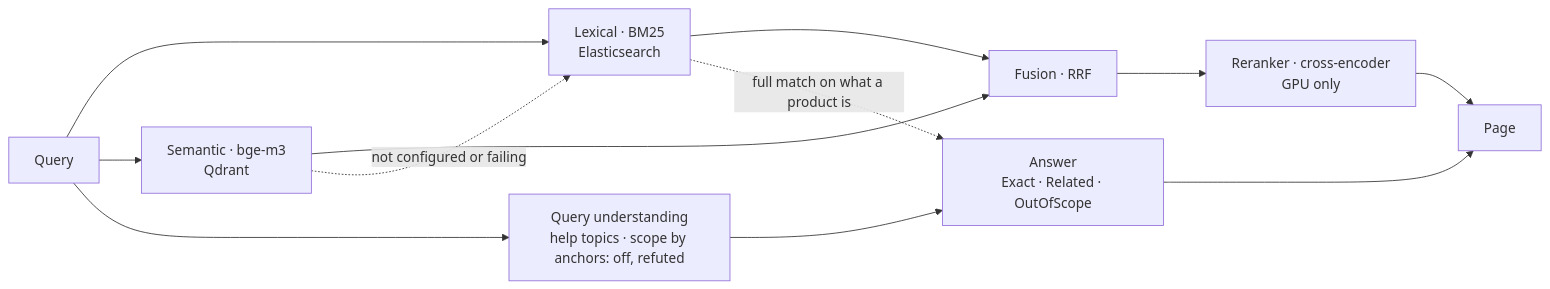
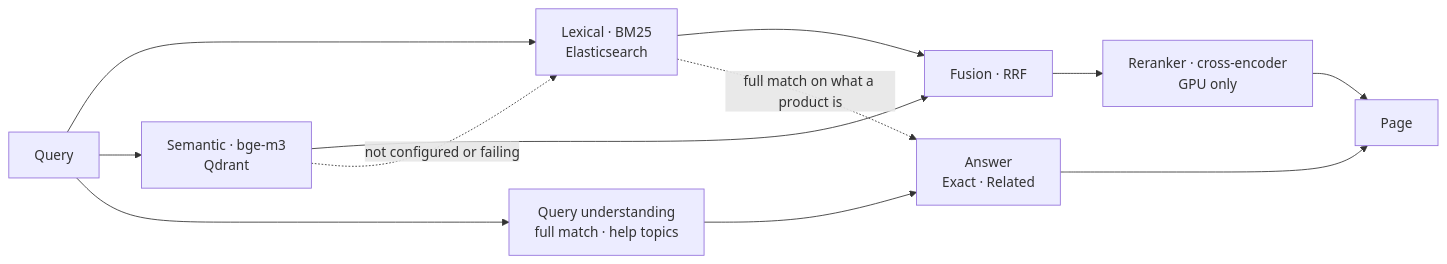
Before and after one commit to juanluelguerre/tendero: the first of 4 diagrams in docs/architecture.md, drawn with Mermaid. The commit also changed 42 other files, not shown here.

````diff
--- a/docs/architecture.md
+++ b/docs/architecture.md
@@ -82,14 +82,14 @@
 ```mermaid
 flowchart LR
     Q[Query] --> L[Lexical · BM25<br/>Elasticsearch]
     Q --> S[Semantic · bge-m3<br/>Qdrant]
     L --> F[Fusion · RRF]
     S --> F
     F --> R[Reranker · cross-encoder<br/>GPU only]
     R --> P[Page]
-    Q --> U[Query understanding<br/>help topics · scope by anchors: off, refuted]
-    U --> A[Answer<br/>Exact · Related · OutOfScope]
+    Q --> U[Query understanding<br/>full match · help topics]
+    U --> A[Answer<br/>Exact · Related]
     L -.full match on what a product is.-> A
     A --> P
     S -.not configured or failing.-> L
 ```
````
